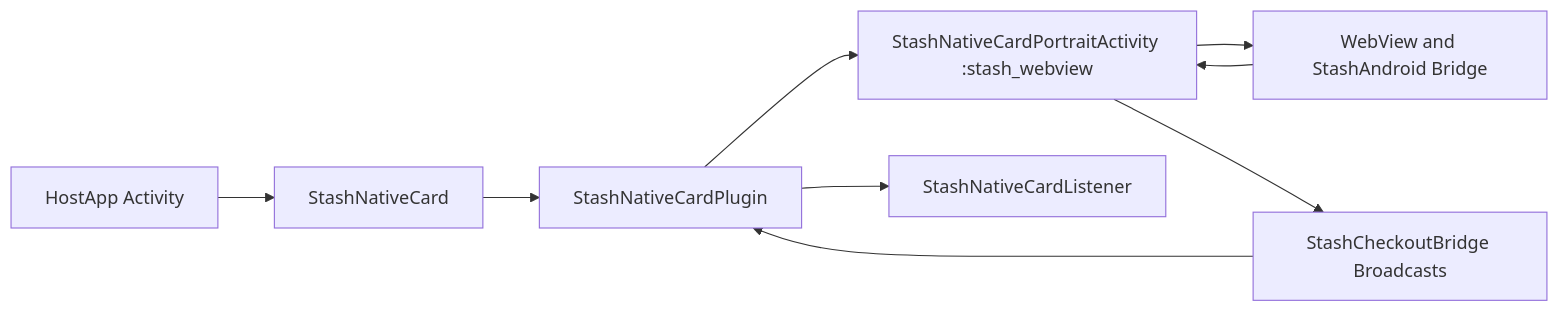
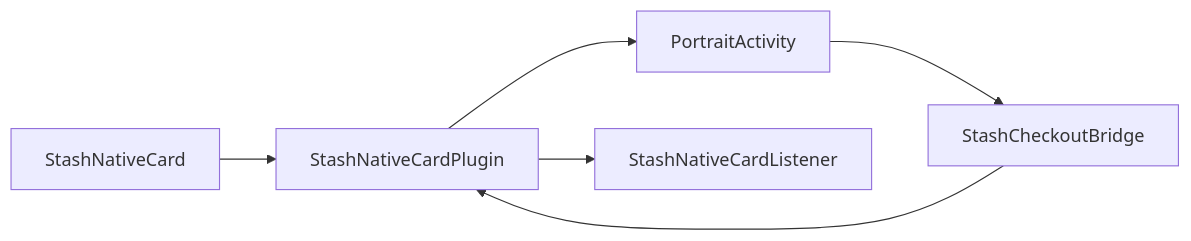
Before and after one commit to stashgg/stash-native: the first of 4 diagrams in docs/android.md, drawn with Mermaid. The commit also changed other lines of this file and 6 other files, not shown here.

````diff
--- a/docs/android.md
+++ b/docs/android.md
@@ -64,19 +71,14 @@
 ```mermaid
 flowchart LR
-    HostApp[HostApp Activity]
-    Facade[StashNativeCard]
+    Host[StashNativeCard]
     Plugin[StashNativeCardPlugin]
-    PortraitActivity[StashNativeCardPortraitActivity :stash_webview]
-    Bridge[StashCheckoutBridge Broadcasts]
-    Listener[StashNativeCardListener]
-    WebView[WebView and StashAndroid Bridge]
+    Act[PortraitActivity]
+    Bridge[StashCheckoutBridge]
+    L[StashNativeCardListener]
 
-    HostApp --> Facade
-    Facade --> Plugin
-    Plugin --> PortraitActivity
-    PortraitActivity --> WebView
-    WebView --> PortraitActivity
-    PortraitActivity --> Bridge
+    Host --> Plugin
+    Plugin --> Act
+    Act --> Bridge
     Bridge --> Plugin
-    Plugin --> Listener
+    Plugin --> L
 ```
````
